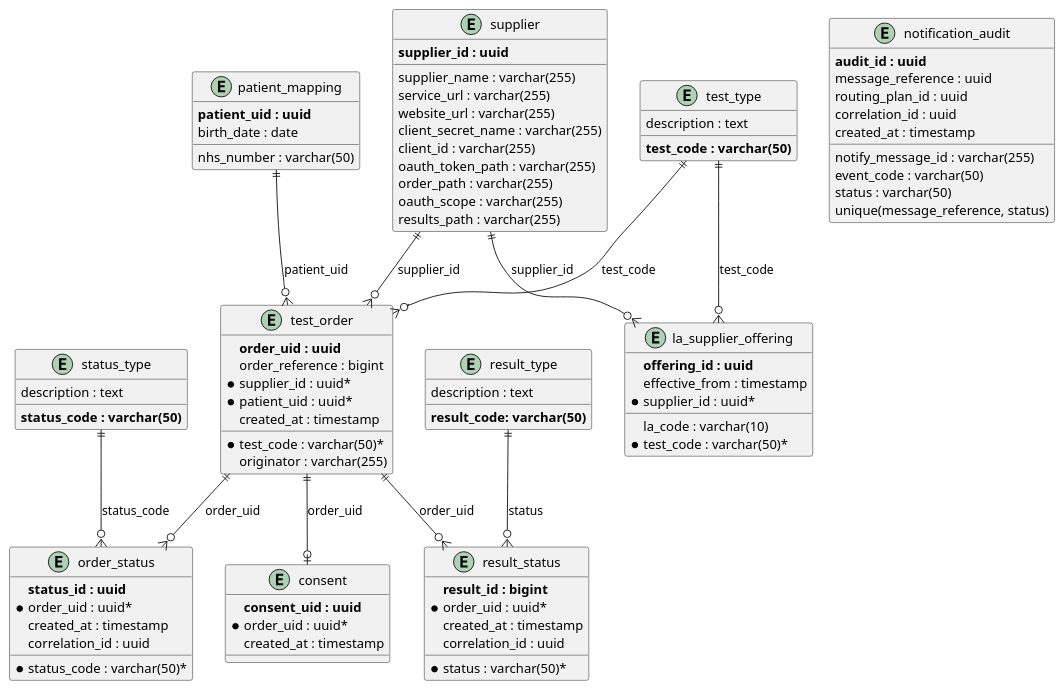
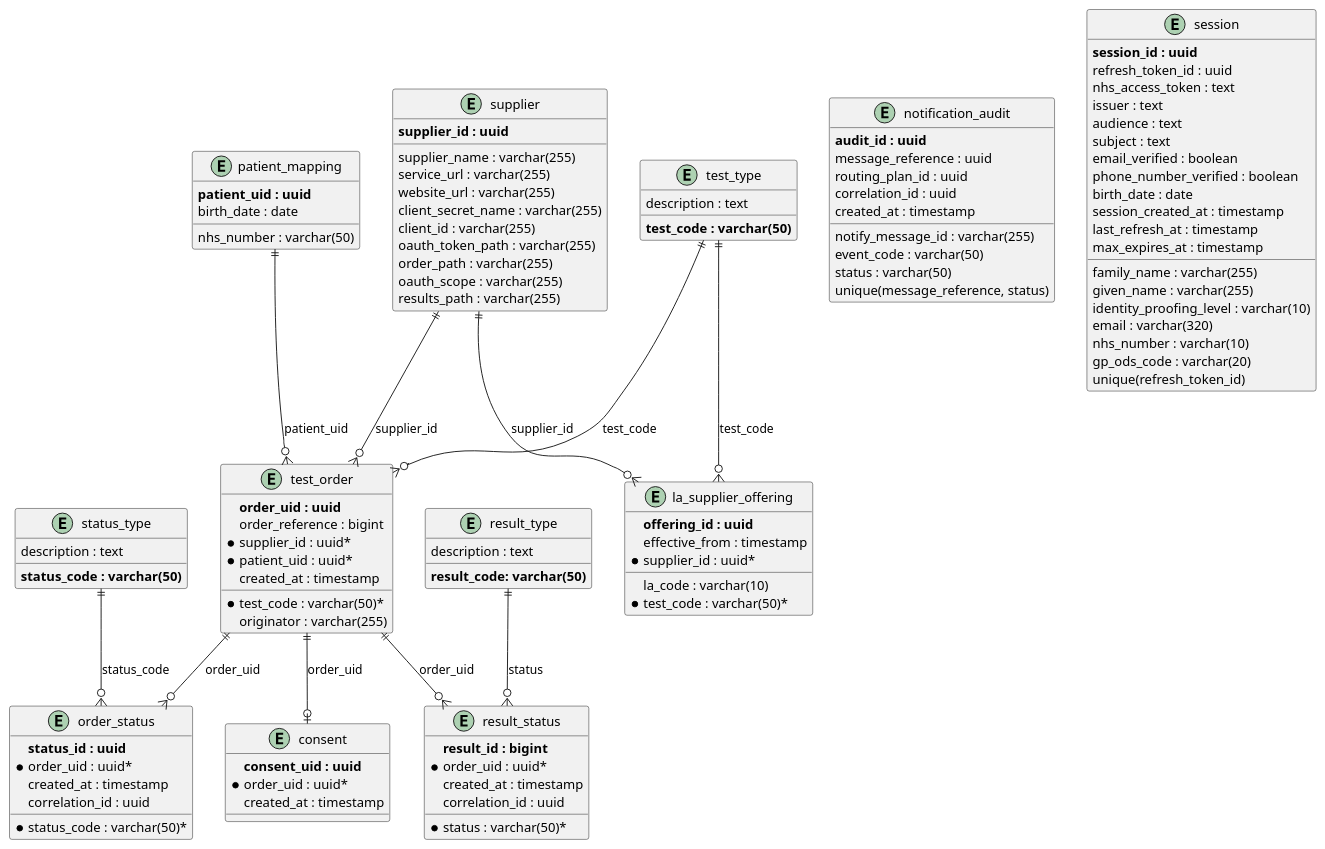
One commit to NHSDigital/hometest-service changed the diagram in database/schema_diagram.puml. Above: the diagram before and after it, drawn with PlantUML. The commit also changed 1 other file, not shown here.

Commit message:
[HOTE-1073] feat: create session table (#341)
* feat: add-session-migration-and-schema

* feat: make-all-session-fields-not-null

* feat: update-table-and-schema-with-latest-session-changes

* chore: add-gen-random-uuid-to-session-id-field

* chore: set-default-value-for-last-refresh-at

* chore: update-schema-with-internal-representations

---------

```diff
--- a/database/schema_diagram.puml
+++ b/database/schema_diagram.puml
@@ -1,103 +1,125 @@
 @startuml
 entity "patient_mapping" as patient {
   **patient_uid : uuid**
   nhs_number : varchar(50)
   birth_date : date
 }
 
 entity "test_type" as test {
   **test_code : varchar(50)**
   description : text
 }
 
 entity "supplier" as supplier {
   **supplier_id : uuid**
   supplier_name : varchar(255)
   service_url : varchar(255)
   website_url : varchar(255)
   client_secret_name : varchar(255)
   client_id : varchar(255)
   oauth_token_path : varchar(255)
   order_path : varchar(255)
   oauth_scope : varchar(255)
   results_path : varchar(255)
 }
 
 entity "la_supplier_offering" as offering {
   **offering_id : uuid**
   la_code : varchar(10)
   effective_from : timestamp
   *supplier_id : uuid*
   *test_code : varchar(50)*
 }
 
 entity "test_order" as orders {
   **order_uid : uuid**
   order_reference : bigint
   *supplier_id : uuid*
   *patient_uid : uuid*
   *test_code : varchar(50)*
   originator : varchar(255)
   created_at : timestamp
 }
 
 entity "status_type" as status_type {
   **status_code : varchar(50)**
   description : text
 }
 
 entity "order_status" as order_status {
   **status_id : uuid**
   *order_uid : uuid*
   *status_code : varchar(50)*
   created_at : timestamp
   correlation_id : uuid
 }
 
 entity "result_type" as result_type {
   **result_code: varchar(50)**
   description : text
 }
 
 entity "result_status" as result_status {
   **result_id : bigint**
   *order_uid : uuid*
   *status : varchar(50)*
   created_at : timestamp
   correlation_id : uuid
 }
 
 entity "consent" as consent {
   **consent_uid : uuid**
   *order_uid : uuid*
   created_at : timestamp
 }
 
 entity "notification_audit" as notification_audit {
   **audit_id : uuid**
   message_reference : uuid
   notify_message_id : varchar(255)
   event_code : varchar(50)
   routing_plan_id : uuid
   correlation_id : uuid
   status : varchar(50)
   created_at : timestamp
   unique(message_reference, status)
 }
 
+entity "session" as session {
+  **session_id : uuid**
+  refresh_token_id : uuid
+  nhs_access_token : text
+  issuer : text
+  audience : text
+  subject : text
+  family_name : varchar(255)
+  given_name : varchar(255)
+  identity_proofing_level : varchar(10)
+  email : varchar(320)
+  email_verified : boolean
+  phone_number_verified : boolean
+  birth_date : date
+  nhs_number : varchar(10)
+  gp_ods_code : varchar(20)
+  session_created_at : timestamp
+  last_refresh_at : timestamp
+  max_expires_at : timestamp
+  unique(refresh_token_id)
+}
+
 ' Relationships
 patient ||--o{ orders : "patient_uid"
 supplier ||--o{ orders : "supplier_id"
 test ||--o{ orders : "test_code"
 
 supplier ||--o{ offering : "supplier_id"
 test ||--o{ offering : "test_code"
 
 orders ||--o{ order_status : "order_uid"
 orders ||--o{ result_status : "order_uid"
 orders ||--o| consent : "order_uid"
 
 status_type ||--o{ order_status : "status_code"
 result_type ||--o{ result_status : "status"
 
 @enduml
```
